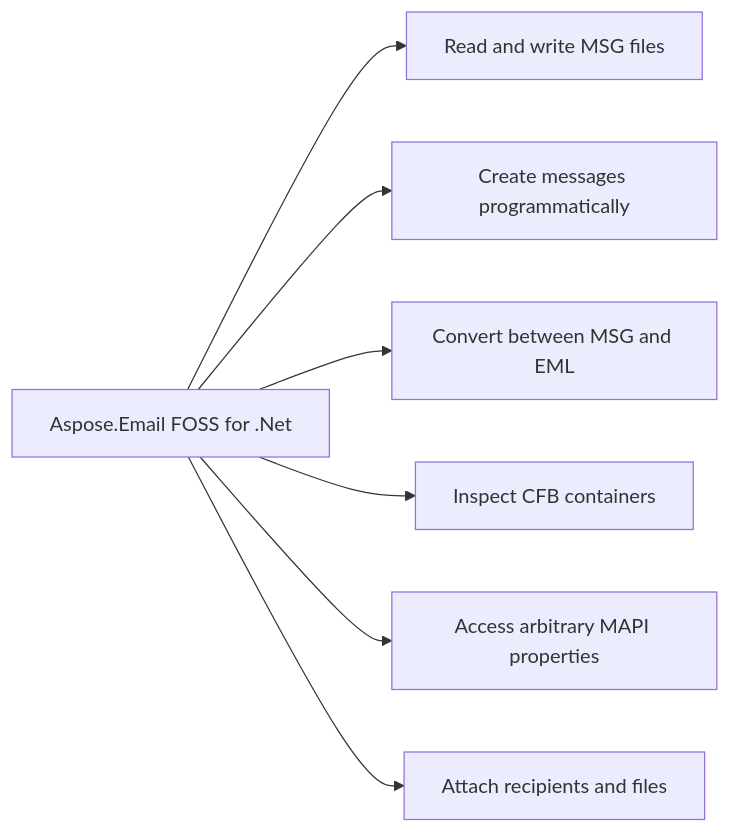
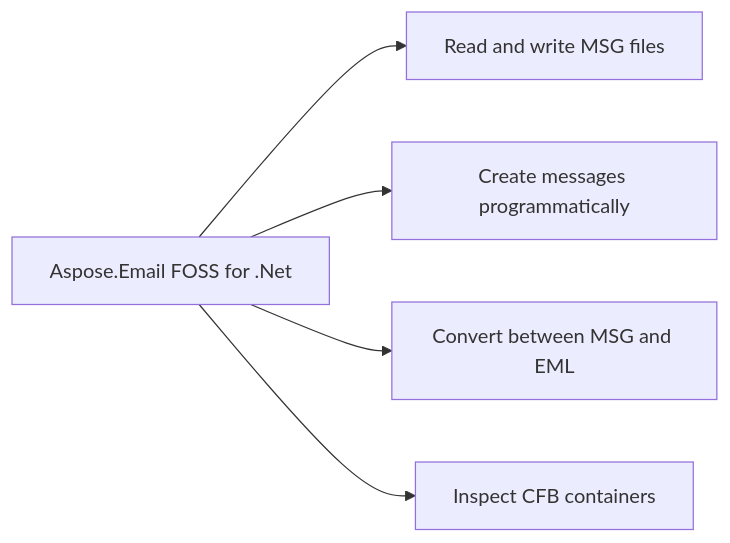
One commit to babar-raza/repo-presenter changed the diagram in 59125b4732df0eedbc4d4c2ab978698ed4348eb7/README.md. Above: the diagram before and after it, drawn with Mermaid. The commit also changed other lines of this file and 12 other files, not shown here.

Commit message:
bundle: aspose-email-foss/Aspose.Email-FOSS-for-.Net lane R 59125b4732df0eedbc4d4c2ab978698ed4348eb7

````diff
--- a/59125b4732df0eedbc4d4c2ab978698ed4348eb7/README.md
+++ b/59125b4732df0eedbc4d4c2ab978698ed4348eb7/README.md
@@ -29,15 +32,11 @@
 ```mermaid
 flowchart LR
 Product["Aspose.Email FOSS for .Net"]
 Product["Aspose.Email FOSS for .Net"] --> Cap1["Read and write MSG files"]
 Cap2["Create messages programmatically"]
 Cap3["Convert between MSG and EML"]
 Cap4["Inspect CFB containers"]
-Cap5["Access arbitrary MAPI properties"]
-Cap6["Attach recipients and files"]
 Product["Aspose.Email FOSS for .Net"] --> Cap2["Create messages programmatically"]
 Product["Aspose.Email FOSS for .Net"] --> Cap3["Convert between MSG and EML"]
 Product["Aspose.Email FOSS for .Net"] --> Cap4["Inspect CFB containers"]
-Product["Aspose.Email FOSS for .Net"] --> Cap5["Access arbitrary MAPI properties"]
-Product["Aspose.Email FOSS for .Net"] --> Cap6["Attach recipients and files"]
 ```
````
